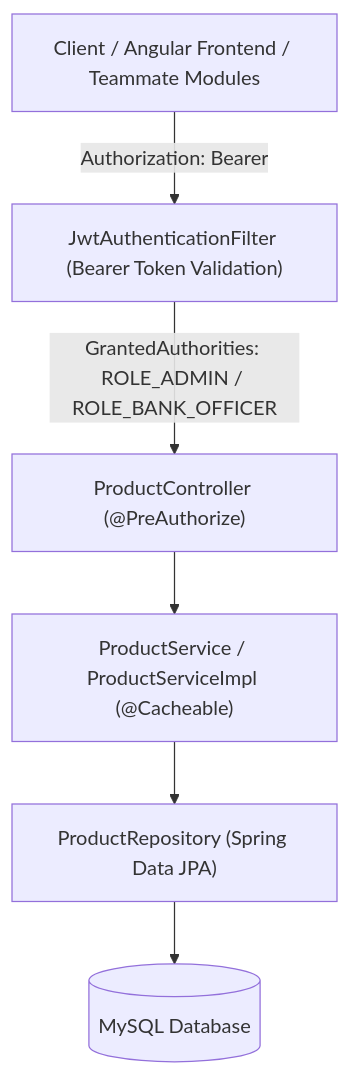
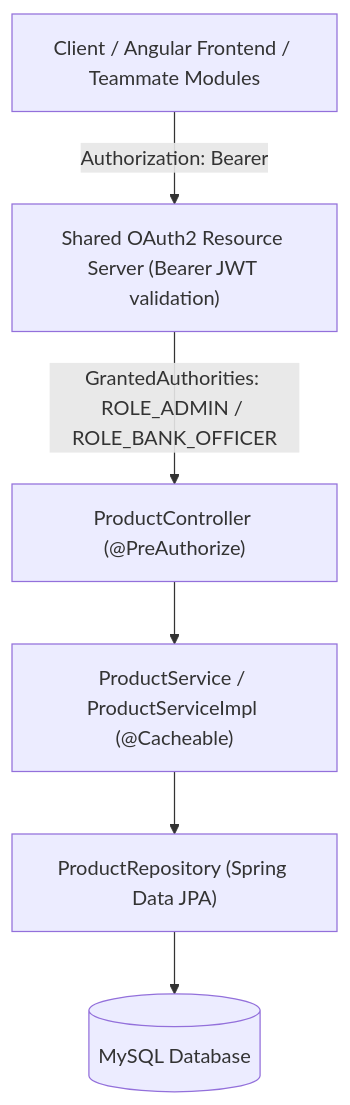
One commit to IhitplayzYT/BT_lab changed the diagram in banking-product-backend/SOLUTION_DOCUMENT.md. Above: the diagram before and after it, drawn with Mermaid. The commit also changed other lines of this file and 628 other files, not shown here.

````diff
--- a/banking-product-backend/SOLUTION_DOCUMENT.md
+++ b/banking-product-backend/SOLUTION_DOCUMENT.md
@@ -12,15 +12,15 @@
 ```mermaid
 graph TD
     Client["Client / Angular Frontend / Teammate Modules"]
-    AuthFilter["JwtAuthenticationFilter (Bearer Token Validation)"]
+    AuthFilter["Shared OAuth2 Resource Server (Bearer JWT validation)"]
     Controller["ProductController (@PreAuthorize)"]
     Service["ProductService / ProductServiceImpl (@Cacheable)"]
     Repo["ProductRepository (Spring Data JPA)"]
     DB[("MySQL Database")]
 
     Client -->|Authorization: Bearer <token>| AuthFilter
     AuthFilter -->|GrantedAuthorities: ROLE_ADMIN / ROLE_BANK_OFFICER| Controller
     Controller --> Service
     Service --> Repo
     Repo --> DB
 ```
````
